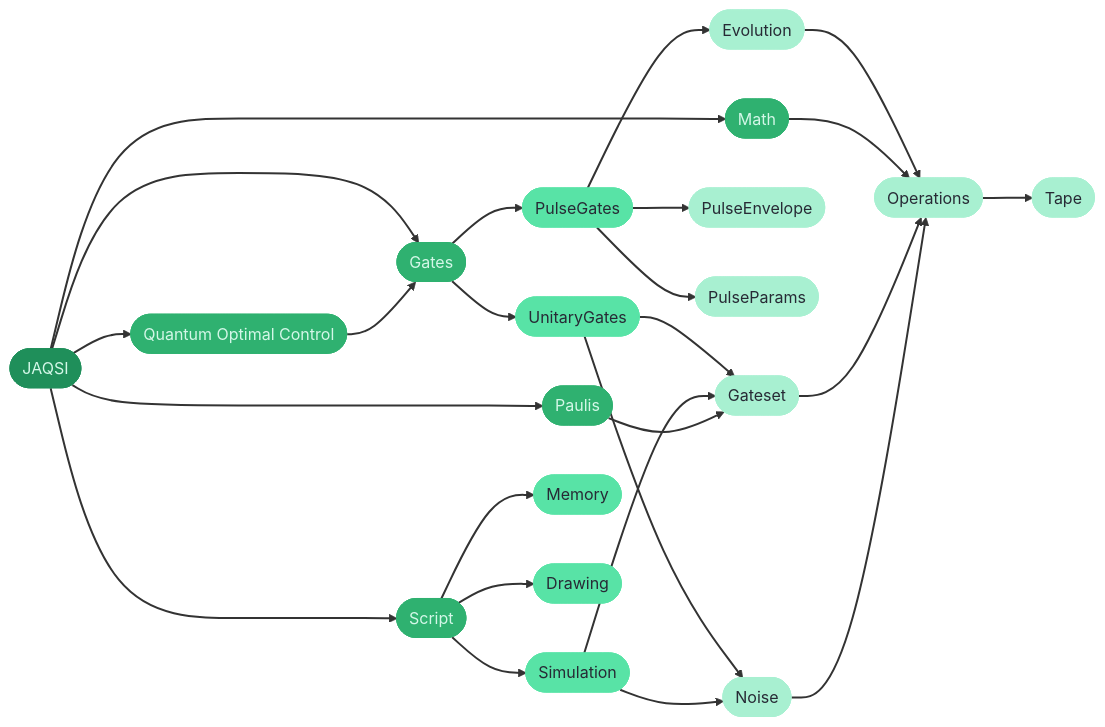
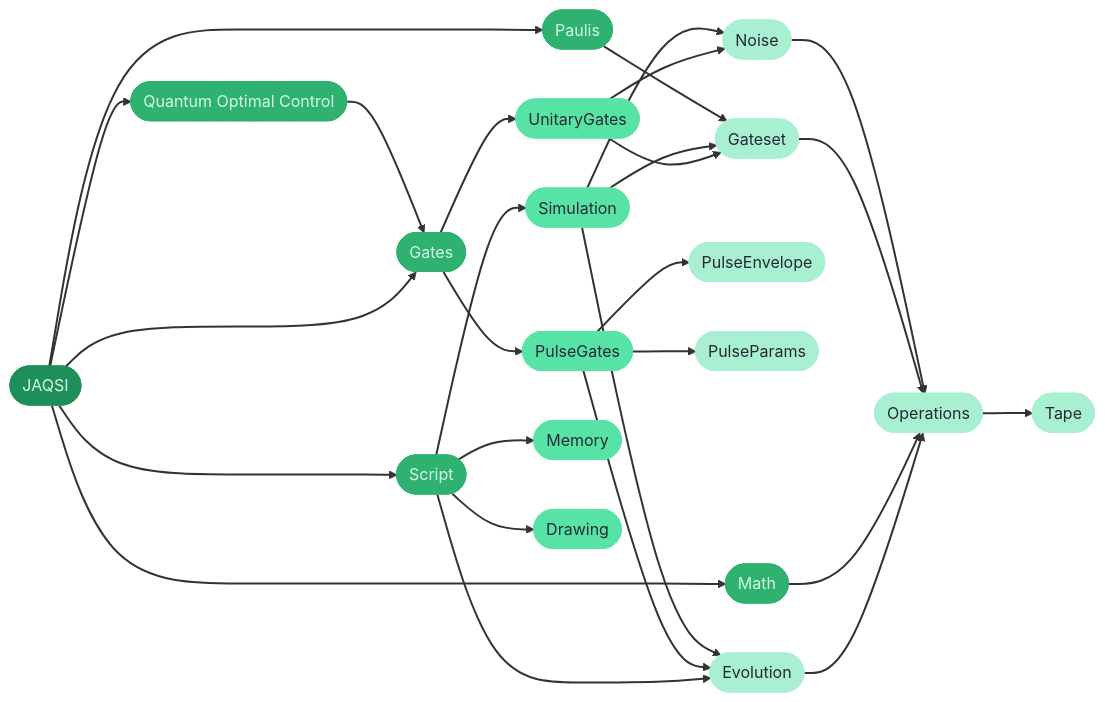
Before and after one commit to cirKITers/jaqsi: the diagram in README.md, drawn with Mermaid. The commit also changed other lines of this file, not shown here.

Commit message:
updated dependency

````diff
--- a/README.md
+++ b/README.md
@@ -55,45 +55,47 @@
 ```mermaid
 flowchart LR
     jaqsi([JAQSI])
     jaqsi --> jaqsi.gates([Gates])
     jaqsi --> jaqsi.script([Script])
     jaqsi --> jaqsi.qoc([Quantum Optimal Control])
     jaqsi --> jaqsi.math([Math])
     jaqsi --> jaqsi.paulis([Paulis])
 
     jaqsi.gates --> jaqsi.unitary([UnitaryGates])
     jaqsi.gates --> jaqsi.pulse([PulseGates])
     jaqsi.qoc --> jaqsi.gates
 
     jaqsi.script --> jaqsi.simulation([Simulation])
     jaqsi.script --> jaqsi.memory([Memory])
+    jaqsi.script --> jaqsi.evolution([Evolution])
     jaqsi.script --> jaqsi.drawing([Drawing])
 
-    jaqsi.pulse --> jaqsi.evolution([Evolution])
+    jaqsi.pulse --> jaqsi.evolution
     jaqsi.pulse --> jaqsi.envelope([PulseEnvelope])
     jaqsi.pulse --> jaqsi.pparams([PulseParams])
 
     jaqsi.unitary --> jaqsi.gateset([Gateset])
     jaqsi.unitary --> jaqsi.noise([Noise])
     jaqsi.simulation --> jaqsi.gateset
     jaqsi.simulation --> jaqsi.noise
+    jaqsi.simulation --> jaqsi.evolution
     jaqsi.paulis --> jaqsi.gateset
     jaqsi.evolution --> jaqsi.ops([Operations])
     jaqsi.math --> jaqsi.ops
 
     jaqsi.gateset --> jaqsi.ops
     jaqsi.noise --> jaqsi.ops
     jaqsi.ops --> jaqsi.tape([Tape])
 
     classDef l1 fill:#1f8f5a,stroke:#1f8f5a,color:#d4f7e8
     classDef l2 fill:#2fb170,stroke:#2fb170,color:#d4f7e8
     classDef l3 fill:#58e3a6,stroke:#58e3a6,color:#272a35
     classDef l4 fill:#a8f0d1,stroke:#a8f0d1,color:#272a35
 
     linkStyle default stroke-width:2px
 
     class jaqsi l1
     class jaqsi.gates,jaqsi.script,jaqsi.qoc,jaqsi.math,jaqsi.paulis l2
     class jaqsi.unitary,jaqsi.pulse,jaqsi.simulation,jaqsi.memory,jaqsi.drawing l3
     class jaqsi.gateset,jaqsi.noise,jaqsi.ops,jaqsi.tape,jaqsi.evolution,jaqsi.envelope,jaqsi.pparams l4
 ```
````
